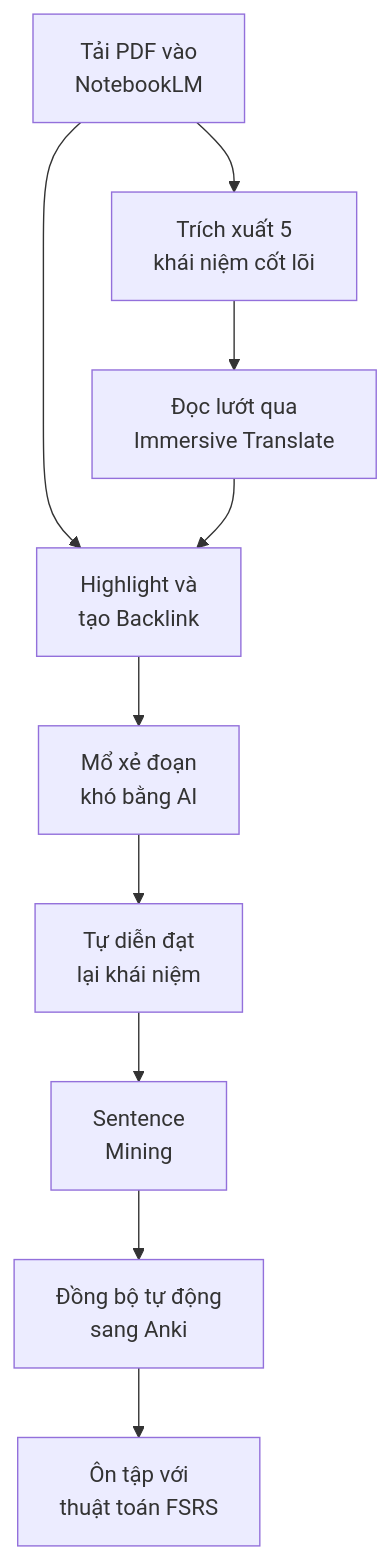
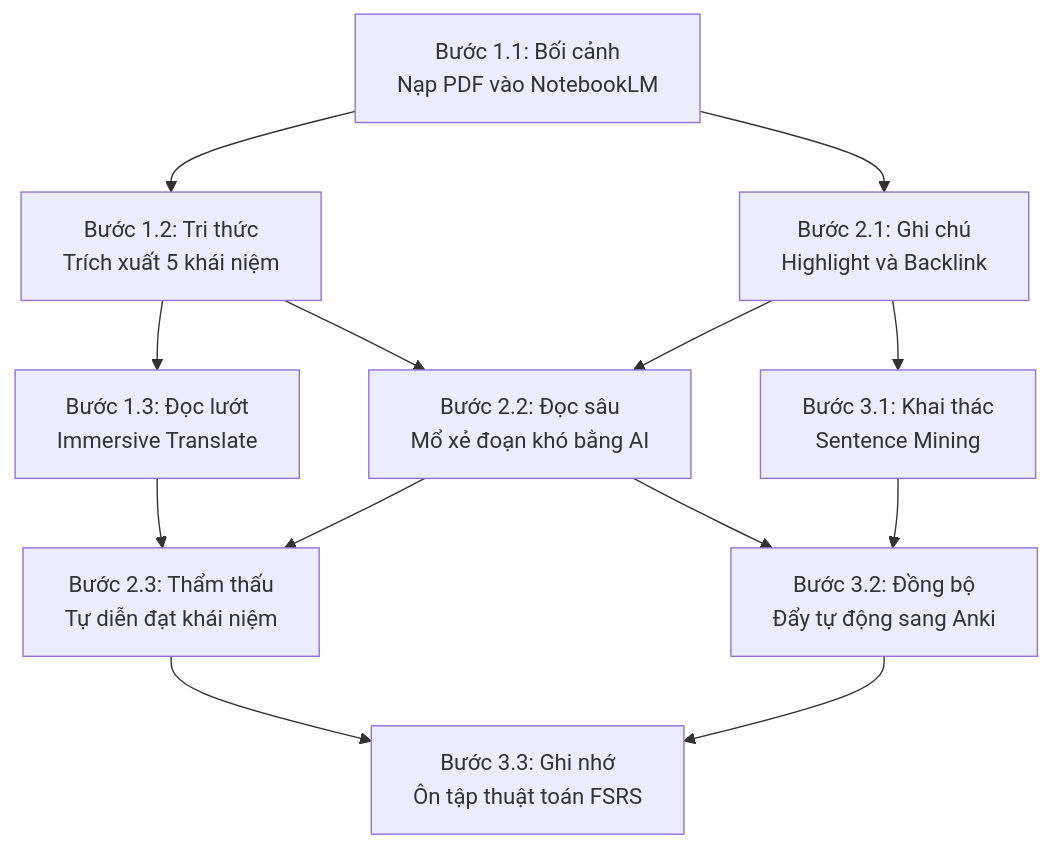
The diagram in content/posts/he-thong-phuong-phap-doc-tai-lieu-it-ai-voi-ai-va-srs.md (nguyengoctin/my_website), drawn with Mermaid before and after one commit. The commit also changed 34 other files, not shown here.

````diff
--- a/content/posts/he-thong-phuong-phap-doc-tai-lieu-it-ai-voi-ai-va-srs.md
+++ b/content/posts/he-thong-phuong-phap-doc-tai-lieu-it-ai-voi-ai-va-srs.md
@@ -163,21 +163,24 @@
 ```mermaid
 flowchart TD
-    A1["`Tải PDF vào<br/>NotebookLM`"]
-    A2["`Trích xuất 5<br/>khái niệm cốt lõi`"]
-    A3["`Đọc lướt qua<br/>Immersive Translate`"]
-    B1["`Highlight và<br/>tạo Backlink`"]
-    B2["`Mổ xẻ đoạn<br/>khó bằng AI`"]
-    B3["`Tự diễn đạt<br/>lại khái niệm`"]
-    C1["`Sentence<br/>Mining`"]
-    C2["`Đồng bộ tự động<br/>sang Anki`"]
-    C3["`Ôn tập với<br/>thuật toán FSRS`"]
+    A1["Bước 1.1: Bối cảnh<br/>Nạp PDF vào NotebookLM"]
+    A2["Bước 1.2: Tri thức<br/>Trích xuất 5 khái niệm"]
+    A3["Bước 1.3: Đọc lướt<br/>Immersive Translate"]
+    B1["Bước 2.1: Ghi chú<br/>Highlight và Backlink"]
+    B2["Bước 2.2: Đọc sâu<br/>Mổ xẻ đoạn khó bằng AI"]
+    B3["Bước 2.3: Thẩm thấu<br/>Tự diễn đạt khái niệm"]
+    C1["Bước 3.1: Khai thác<br/>Sentence Mining"]
+    C2["Bước 3.2: Đồng bộ<br/>Đẩy tự động sang Anki"]
+    C3["Bước 3.3: Ghi nhớ<br/>Ôn tập thuật toán FSRS"]
     A1 --> A2
     A2 --> A3
     A1 --> B1
-    A3 --> B1
+    A2 --> B2
+    A3 --> B3
     B1 --> B2
     B2 --> B3
-    B3 --> C1
+    B1 --> C1
+    B2 --> C2
+    B3 --> C3
     C1 --> C2
     C2 --> C3
 ```
````
